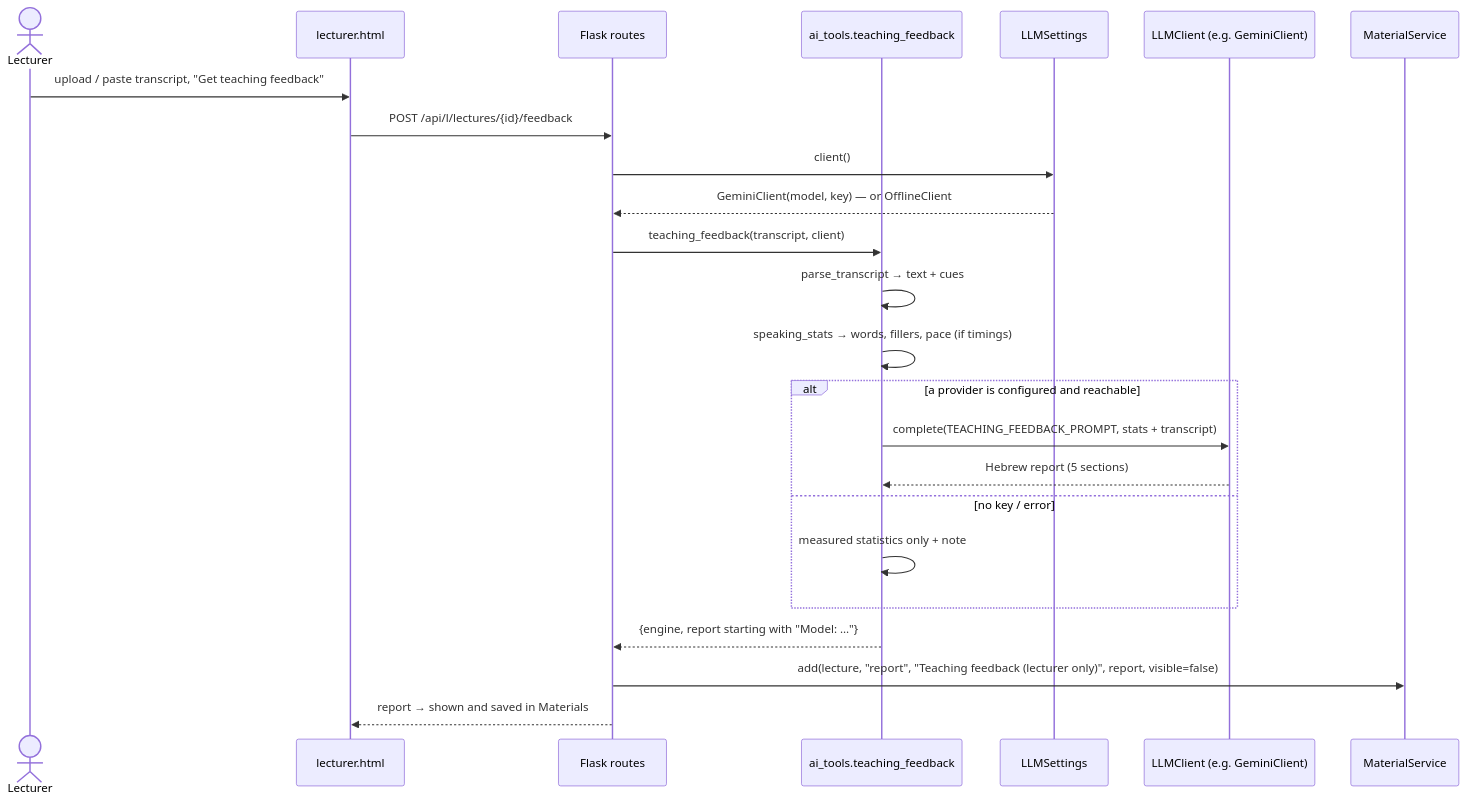
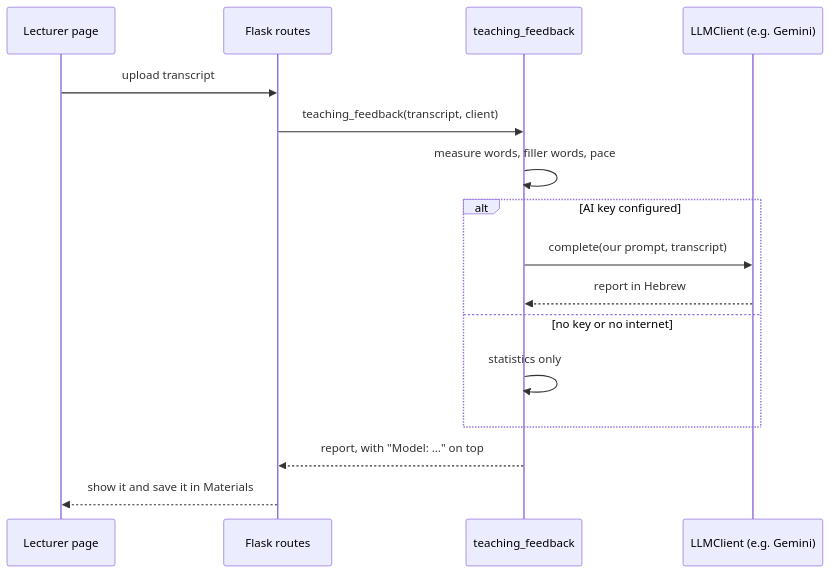
The ninth of 9 diagrams in docs/DIAGRAMS.md (shiral2571-alt/SoftwareEngineering_Ex2), drawn with Mermaid before and after one commit. The commit also changed other lines of this file and 6 other files, not shown here.

First line of the commit message:
Record the auditorium test and simplify the diagrams

````diff
--- a/docs/DIAGRAMS.md
+++ b/docs/DIAGRAMS.md
@@ -278,27 +197,19 @@
 ```mermaid
 sequenceDiagram
-    actor L as Lecturer
-    participant UI as lecturer.html
+    participant UI as Lecturer page
     participant API as Flask routes
-    participant AI as ai_tools.teaching_feedback
-    participant S as LLMSettings
-    participant C as LLMClient (e.g. GeminiClient)
-    participant M as MaterialService
+    participant TF as teaching_feedback
+    participant C as LLMClient (e.g. Gemini)
 
-    L->>UI: upload / paste transcript, "Get teaching feedback"
-    UI->>API: POST /api/l/lectures/{id}/feedback
-    API->>S: client()
-    S-->>API: GeminiClient(model, key) — or OfflineClient
-    API->>AI: teaching_feedback(transcript, client)
-    AI->>AI: parse_transcript → text + cues
-    AI->>AI: speaking_stats → words, fillers, pace (if timings)
-    alt a provider is configured and reachable
-        AI->>C: complete(TEACHING_FEEDBACK_PROMPT, stats + transcript)
-        C-->>AI: Hebrew report (5 sections)
-    else no key / error
-        AI->>AI: measured statistics only + note
+    UI->>API: upload transcript
+    API->>TF: teaching_feedback(transcript, client)
+    TF->>TF: measure words, filler words, pace
+    alt AI key configured
+        TF->>C: complete(our prompt, transcript)
+        C-->>TF: report in Hebrew
+    else no key or no internet
+        TF->>TF: statistics only
     end
-    AI-->>API: {engine, report starting with "Model: …"}
-    API->>M: add(lecture, "report", "Teaching feedback (lecturer only)", report, visible=false)
-    API-->>UI: report → shown and saved in Materials
+    TF-->>API: report, with "Model: …" on top
+    API-->>UI: show it and save it in Materials
 ```
````
